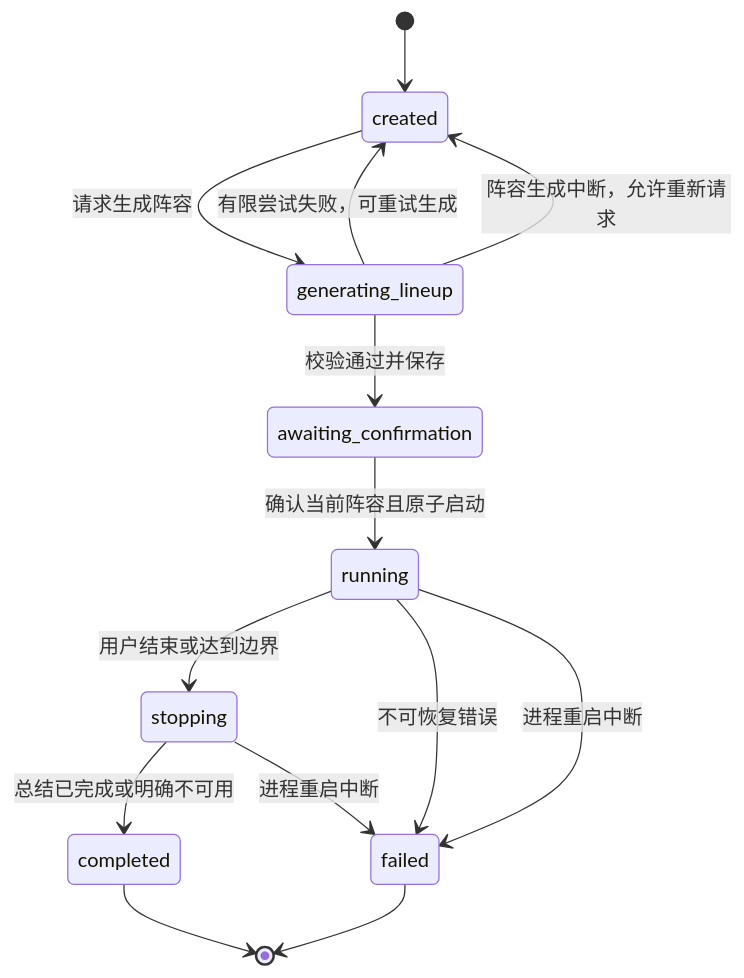
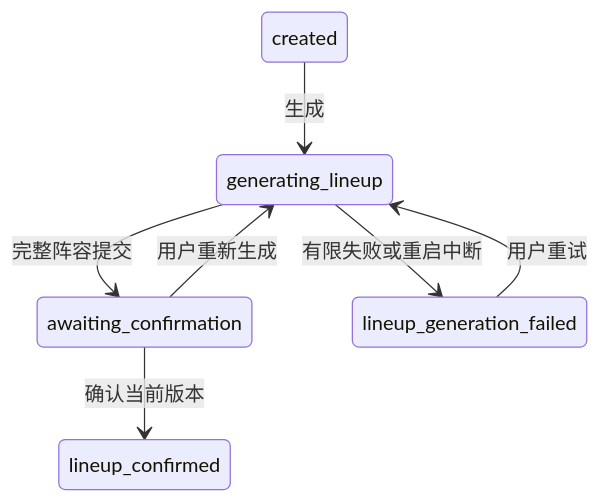
The second of 5 diagrams in docs/architecture.md (schen0690-boop/-mvp), drawn with Mermaid before and after one commit. The commit also changed other lines of this file and 8 other files, not shown here.

Commit message:
docs: design lineup generation boundaries and safe schema migration

````diff
--- a/docs/architecture.md
+++ b/docs/architecture.md
@@ -56,16 +58,9 @@
 ```mermaid
 stateDiagram-v2
-  [*] --> created
-  created --> generating_lineup: 请求生成阵容
-  generating_lineup --> awaiting_confirmation: 校验通过并保存
-  generating_lineup --> created: 有限尝试失败，可重试生成
-  awaiting_confirmation --> running: 确认当前阵容且原子启动
-  running --> stopping: 用户结束或达到边界
-  stopping --> completed: 总结已完成或明确不可用
-  running --> failed: 不可恢复错误
-  generating_lineup --> created: 阵容生成中断，允许重新请求
-  running --> failed: 进程重启中断
-  stopping --> failed: 进程重启中断
-  completed --> [*]
-  failed --> [*]
+  created --> generating_lineup: 生成
+  generating_lineup --> awaiting_confirmation: 完整阵容提交
+  generating_lineup --> lineup_generation_failed: 有限失败或重启中断
+  lineup_generation_failed --> generating_lineup: 用户重试
+  awaiting_confirmation --> generating_lineup: 用户重新生成
+  awaiting_confirmation --> lineup_confirmed: 确认当前版本
 ```
````
